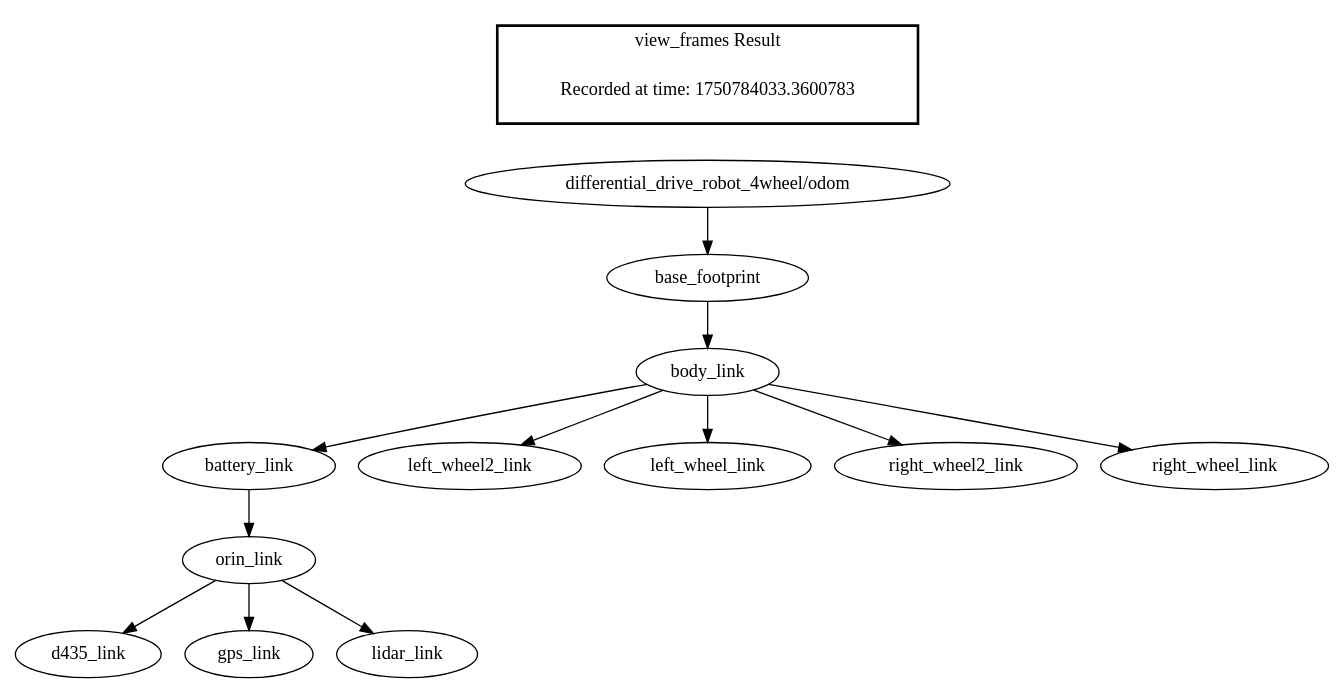
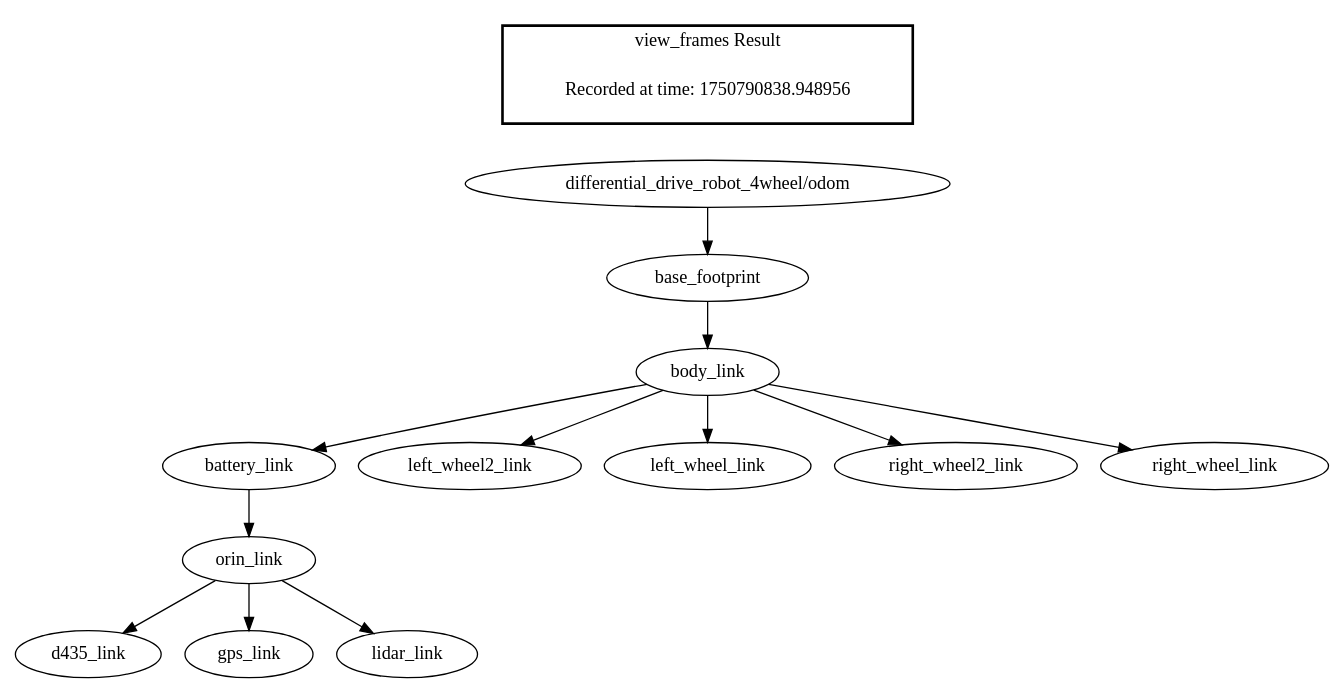
Before and after one commit to StuartGJohnson/differential_drive_test: the diagram in sim_check/gazebo/frames_gazebo_clean.gv, drawn with Graphviz. The commit also changed 72 other files, not shown here.

```diff
--- a/sim_check/gazebo/frames_gazebo_clean.gv
+++ b/sim_check/gazebo/frames_gazebo_clean.gv
@@ -1,17 +1,17 @@
 digraph G {
 "differential_drive_robot_4wheel/odom" -> "base_footprint";
 "base_footprint" -> "body_link";
 "body_link" -> "battery_link";
 "orin_link" -> "d435_link";
 "battery_link" -> "orin_link";
 "orin_link" -> "gps_link";
 "orin_link" -> "lidar_link";
 "body_link" -> "left_wheel2_link";
 "body_link" -> "left_wheel_link";
 "body_link" -> "right_wheel2_link";
 "body_link" -> "right_wheel_link";
 edge [style=invis];
  subgraph cluster_legend { style=bold; color=black; label ="view_frames Result";
-"Recorded at time: 1750784033.3600783"[ shape=plaintext ] ;
+"Recorded at time: 1750790838.948956"[ shape=plaintext ] ;
 }->"differential_drive_robot_4wheel/odom";
 }
```
